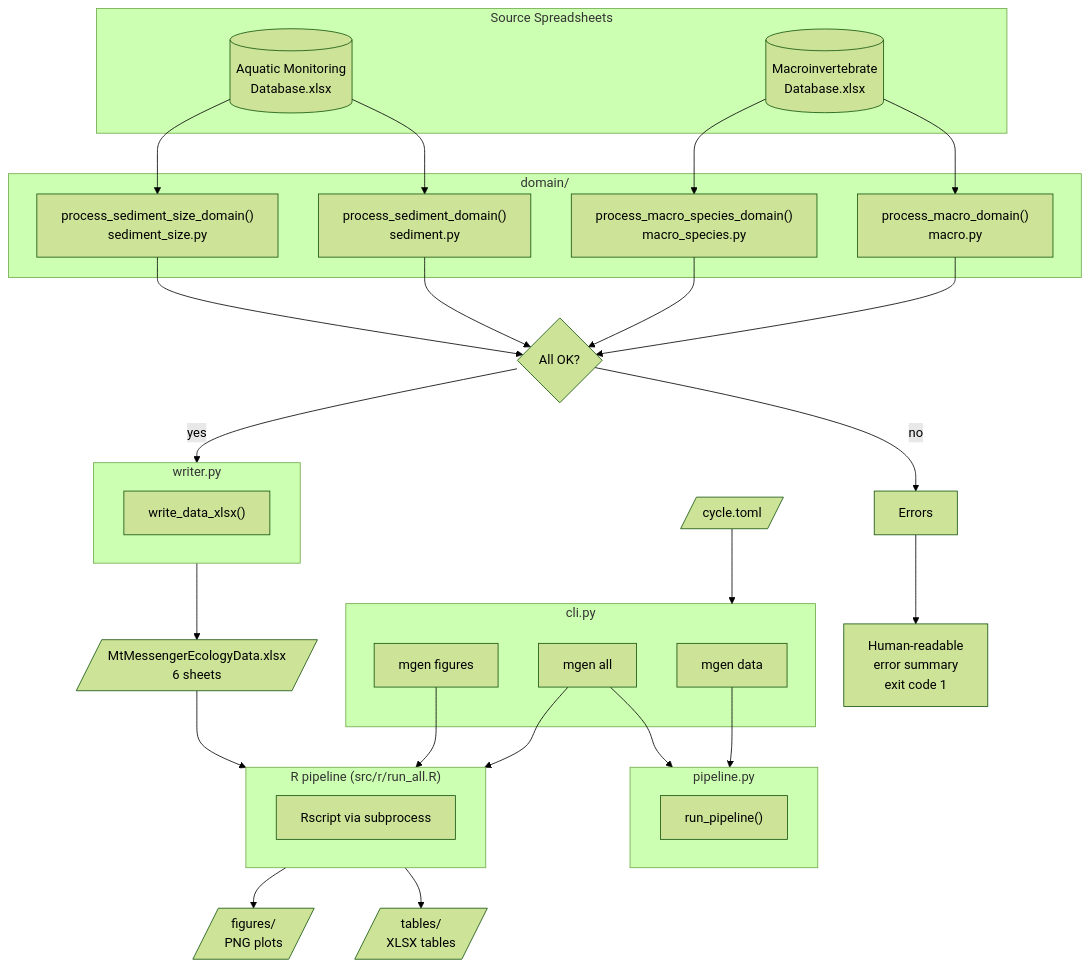
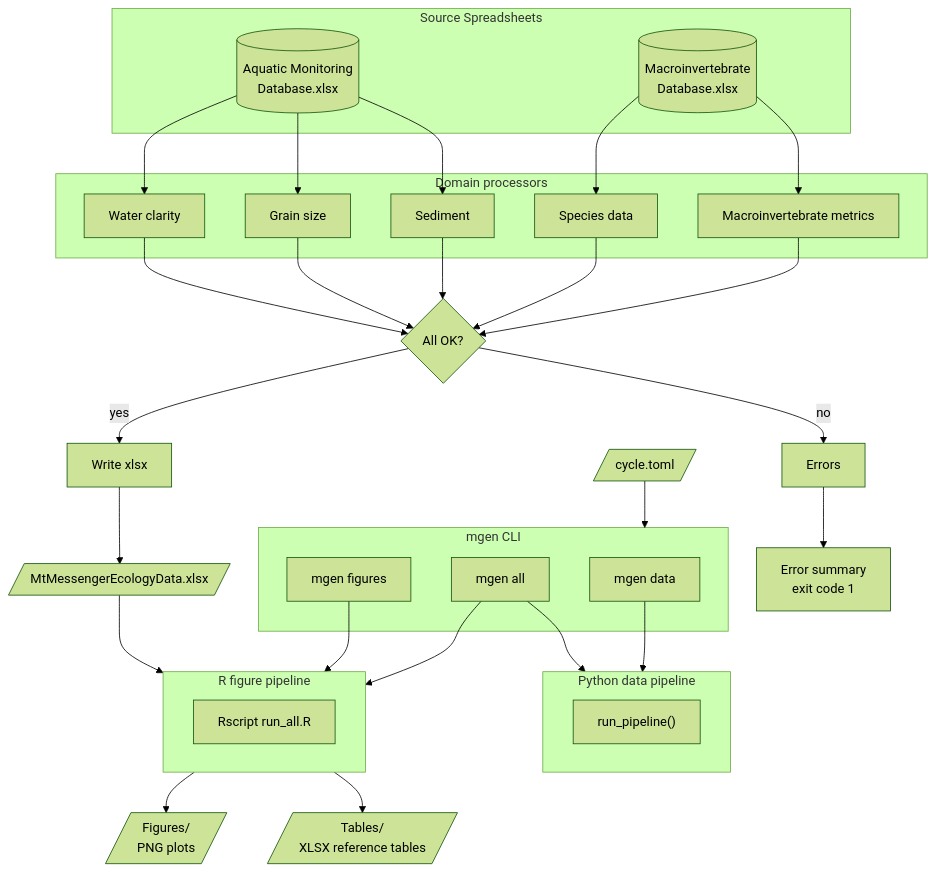
Before and after one commit to tonkintaylor/p-100181.4600-mt-messenger-ecology: the diagram in README.md, drawn with Mermaid (forest theme). The commit also changed other lines of this file, not shown here.

````diff
--- a/README.md
+++ b/README.md
@@ -19,61 +184,60 @@
 ```mermaid
 flowchart TD
     Config[/"cycle.toml"/] --> CLI
 
-    subgraph CLI ["cli.py"]
+    subgraph CLI ["mgen CLI"]
         DataCmd["mgen data"]
         FigCmd["mgen figures"]
         AllCmd["mgen all"]
     end
 
     DataCmd --> Pipeline
     AllCmd --> Pipeline
     AllCmd --> RFigures
 
-    subgraph Pipeline ["pipeline.py"]
+    subgraph Pipeline ["Python data pipeline"]
         RunPipeline["run_pipeline()"]
     end
 
     subgraph Sources ["Source Spreadsheets"]
         MacroDB[("Macroinvertebrate\nDatabase.xlsx")]
         AquaticDB[("Aquatic Monitoring\nDatabase.xlsx")]
     end
 
     MacroDB --> Macro
     MacroDB --> MacroSpecies
     AquaticDB --> Sediment
     AquaticDB --> SedimentSize
+    AquaticDB --> Clarity
 
-    subgraph Domains ["domain/"]
-        Macro["process_macro_domain()\nmacro.py"]
-        MacroSpecies["process_macro_species_domain()\nmacro_species.py"]
-        Sediment["process_sediment_domain()\nsediment.py"]
-        SedimentSize["process_sediment_size_domain()\nsediment_size.py"]
+    subgraph Domains ["Domain processors"]
+        Macro["Macroinvertebrate metrics"]
+        MacroSpecies["Species data"]
+        Sediment["Sediment"]
+        SedimentSize["Grain size"]
+        Clarity["Water clarity"]
     end
 
     Macro --> Merge
     MacroSpecies --> Merge
     Sediment --> Merge
     SedimentSize --> Merge
+    Clarity --> Merge
 
     Merge{All OK?}
     Merge -->|yes| Writer
     Merge -->|no| Errors
 
-    subgraph Writer ["writer.py"]
-        WriteXlsx["write_data_xlsx()"]
-    end
-
-    Writer --> DataOutput[/"MtMessengerEcologyData.xlsx\n6 sheets"/]
-    Errors --> ErrReport["Human-readable\nerror summary\nexit code 1"]
+    Writer["Write xlsx"] --> DataOutput[/"MtMessengerEcologyData.xlsx"/]
+    Errors --> ErrReport["Error summary\nexit code 1"]
 
     FigCmd --> RFigures
     DataOutput --> RFigures
 
-    subgraph RFigures ["R pipeline (src/r/run_all.R)"]
-        Rscript["Rscript via subprocess"]
+    subgraph RFigures ["R figure pipeline"]
+        Rscript["Rscript run_all.R"]
     end
 
-    RFigures --> Figures[/"figures/\nPNG plots"/]
-    RFigures --> Tables[/"tables/\nXLSX tables"/]
+    RFigures --> Figures[/"Figures/\nPNG plots"/]
+    RFigures --> Tables[/"Tables/\nXLSX reference tables"/]
 ```
````
